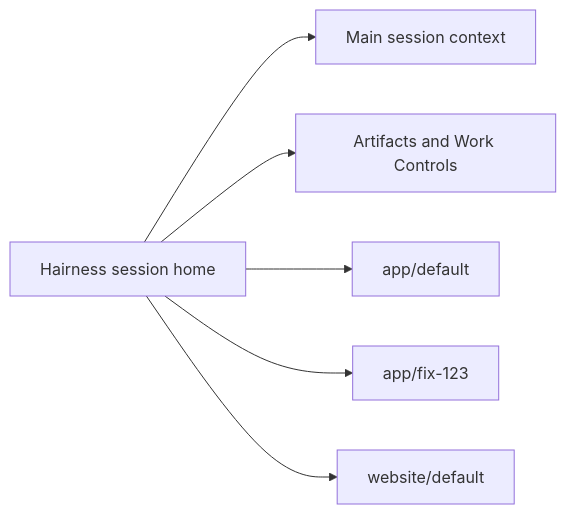
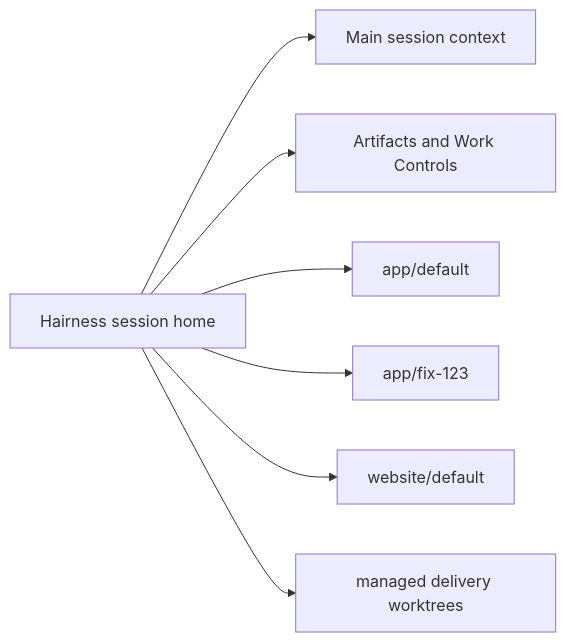
One commit to thevzion/hairness changed the diagram in docs/concepts/session-home.md. Above: the diagram before and after it, drawn with Mermaid. The commit also changed other lines of this file and 28 other files, not shown here.

````diff
--- a/docs/concepts/session-home.md
+++ b/docs/concepts/session-home.md
@@ -7,8 +12,9 @@
 ```mermaid
 flowchart LR
   H["Hairness session home"] --> M["Main session context"]
   H --> A["Artifacts and Work Controls"]
   H --> C1["app/default"]
   H --> C2["app/fix-123"]
   H --> C3["website/default"]
+  H --> W["managed delivery worktrees"]
 ```
````
